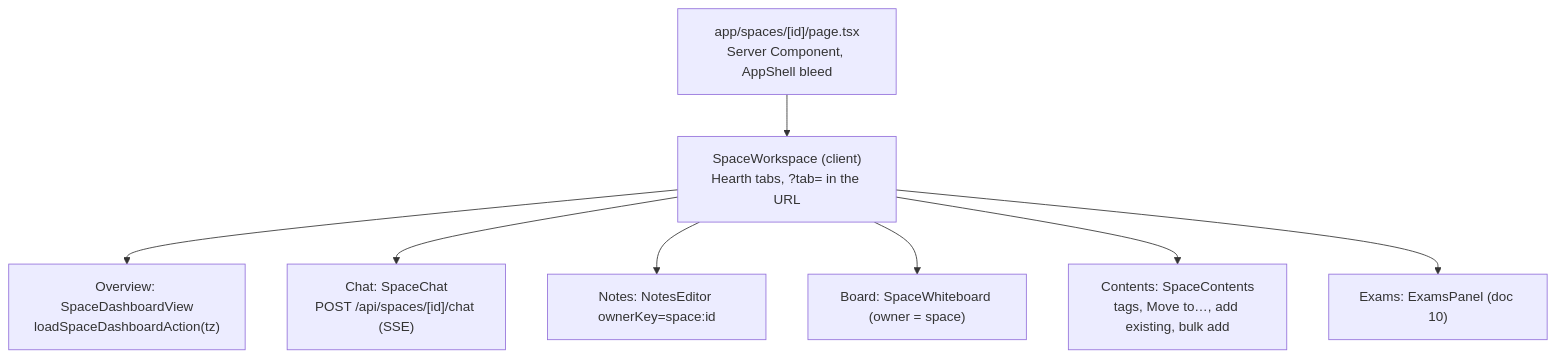
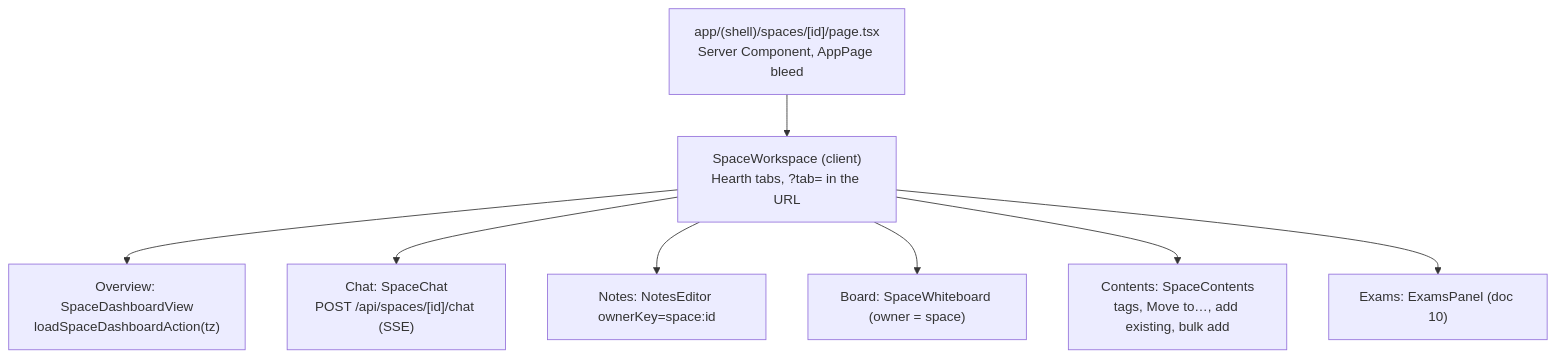
Before and after one commit to huannguyen2114/thoth: the first of 2 diagrams in docs/technical_design/22-spaces.md, drawn with Mermaid. The commit also changed 80 other files, not shown here.

````diff
--- a/docs/technical_design/22-spaces.md
+++ b/docs/technical_design/22-spaces.md
@@ -9,10 +9,10 @@
 ```mermaid
 flowchart TD
-  page["app/spaces/[id]/page.tsx<br/>Server Component, AppShell bleed"] --> ws["SpaceWorkspace (client)<br/>Hearth tabs, ?tab= in the URL"]
+  page["app/(shell)/spaces/[id]/page.tsx<br/>Server Component, AppPage bleed"] --> ws["SpaceWorkspace (client)<br/>Hearth tabs, ?tab= in the URL"]
   ws --> ov["Overview: SpaceDashboardView<br/>loadSpaceDashboardAction(tz)"]
   ws --> chat["Chat: SpaceChat<br/>POST /api/spaces/[id]/chat (SSE)"]
   ws --> notes["Notes: NotesEditor ownerKey=space:id"]
   ws --> board["Board: SpaceWhiteboard (owner = space)"]
   ws --> contents["Contents: SpaceContents<br/>tags, Move to…, add existing, bulk add"]
   ws --> exams["Exams: ExamsPanel (doc 10)"]
 ```
````
